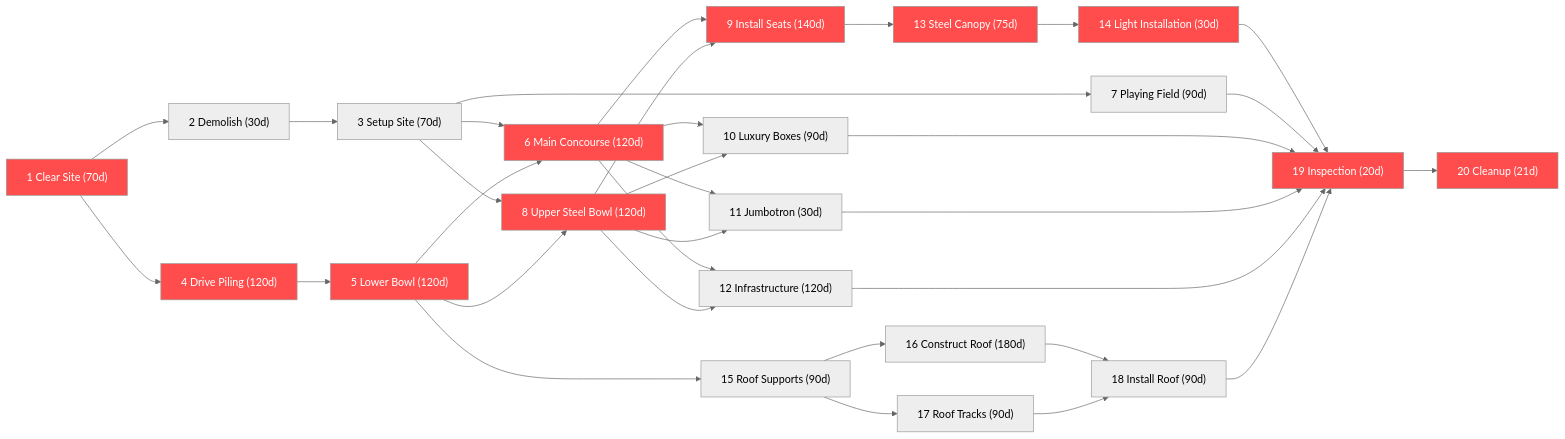
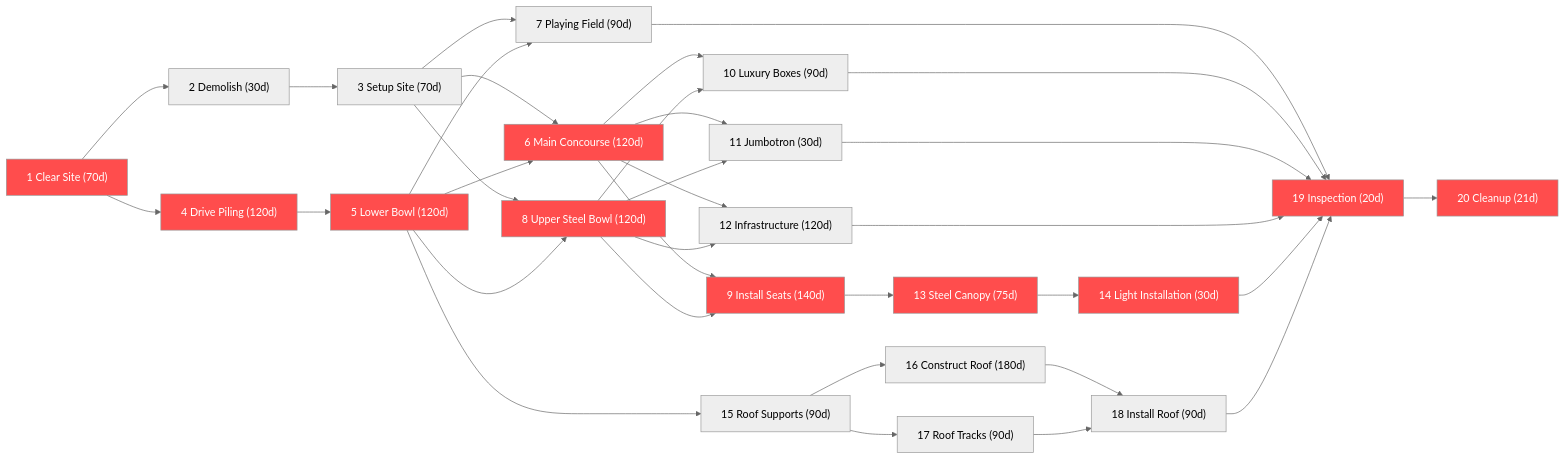
Before and after one commit to sanjanaganger22-ship-it/sanjana: the diagram in README.md, drawn with Mermaid (neutral theme).

````diff
--- a/README.md
+++ b/README.md
@@ -1,84 +1,71 @@
 ```mermaid
 flowchart LR
 
-%% ---- LEVEL 1 ----
-A1["1 Clear Site (70d)"] 
-
-%% ---- LEVEL 2 ----
-A2["2 Demolish (30d)"]
-A4["4 Drive Piling (120d)"]
-
-%% ---- LEVEL 3 ----
-A3["3 Setup Site (70d)"]
-A5["5 Lower Bowl (120d)"]
-
-%% ---- LEVEL 4 ----
-A6["6 Main Concourse (120d)"]
-A7["7 Playing Field (90d)"]
-A8["8 Upper Steel Bowl (120d)"]
-A15["15 Roof Supports (90d)"]
-
-%% ---- LEVEL 5 ----
-A9["9 Install Seats (140d)"]
-A10["10 Luxury Boxes (90d)"]
-A11["11 Jumbotron (30d)"]
-A12["12 Infrastructure (120d)"]
-A16["16 Construct Roof (180d)"]
-A17["17 Roof Tracks (90d)"]
-
-%% ---- LEVEL 6 ----
-A13["13 Steel Canopy (75d)"]
-A18["18 Install Roof (90d)"]
-
-%% ---- LEVEL 7 ----
-A14["14 Light Installation (30d)"]
-
-%% ---- LEVEL 8 ----
-A19["19 Inspection (20d)"]
-A20["20 Cleanup (21d)"]
+%% ---- Nodes ----
+1["1 Clear Site (70d)"]
+2["2 Demolish (30d)"]
+3["3 Setup Site (70d)"]
+4["4 Drive Piling (120d)"]
+5["5 Lower Bowl (120d)"]
+6["6 Main Concourse (120d)"]
+7["7 Playing Field (90d)"]
+8["8 Upper Steel Bowl (120d)"]
+9["9 Install Seats (140d)"]
+10["10 Luxury Boxes (90d)"]
+11["11 Jumbotron (30d)"]
+12["12 Infrastructure (120d)"]
+13["13 Steel Canopy (75d)"]
+14["14 Light Installation (30d)"]
+15["15 Roof Supports (90d)"]
+16["16 Construct Roof (180d)"]
+17["17 Roof Tracks (90d)"]
+18["18 Install Roof (90d)"]
+19["19 Inspection (20d)"]
+20["20 Cleanup (21d)"]
 
 %% ---- Dependencies ----
-A1 --> A2
-A1 --> A4
-A2 --> A3
-A4 --> A5
-A3 --> A6
-A3 --> A8
-A3 --> A7
-A5 --> A6
-A5 --> A8
-A5 --> A15
-A6 --> A9
-A6 --> A10
-A6 --> A11
-A6 --> A12
-A8 --> A9
-A8 --> A10
-A8 --> A11
-A8 --> A12
-A15 --> A16
-A15 --> A17
-A16 --> A18
-A17 --> A18
-A9 --> A13
-A13 --> A14
-A14 --> A19
-A7 --> A19
-A10 --> A19
-A11 --> A19
-A12 --> A19
-A18 --> A19
-A19 --> A20
+1 --> 2
+1 --> 4
+2 --> 3
+4 --> 5
+3 --> 6
+5 --> 6
+3 --> 7
+5 --> 7
+3 --> 8
+5 --> 8
+6 --> 9
+8 --> 9
+6 --> 10
+8 --> 10
+6 --> 11
+8 --> 11
+6 --> 12
+8 --> 12
+5 --> 15
+15 --> 16
+15 --> 17
+16 --> 18
+17 --> 18
+9 --> 13
+13 --> 14
+7 --> 19
+10 --> 19
+11 --> 19
+12 --> 19
+14 --> 19
+18 --> 19
+19 --> 20
 
-%% ---- Critical Path Styling ----
-style A1 fill:#ff4d4d,color:#fff
-style A4 fill:#ff4d4d,color:#fff
-style A5 fill:#ff4d4d,color:#fff
-style A6 fill:#ff4d4d,color:#fff
-style A8 fill:#ff4d4d,color:#fff
-style A9 fill:#ff4d4d,color:#fff
-style A13 fill:#ff4d4d,color:#fff
-style A14 fill:#ff4d4d,color:#fff
-style A19 fill:#ff4d4d,color:#fff
-style A20 fill:#ff4d4d,color:#fff
+%% ---- Highlight Critical Path ----
+style 1 fill:#ff4d4d,color:#fff
+style 4 fill:#ff4d4d,color:#fff
+style 5 fill:#ff4d4d,color:#fff
+style 6 fill:#ff4d4d,color:#fff
+style 8 fill:#ff4d4d,color:#fff
+style 9 fill:#ff4d4d,color:#fff
+style 13 fill:#ff4d4d,color:#fff
+style 14 fill:#ff4d4d,color:#fff
+style 19 fill:#ff4d4d,color:#fff
+style 20 fill:#ff4d4d,color:#fff
 ```
````
